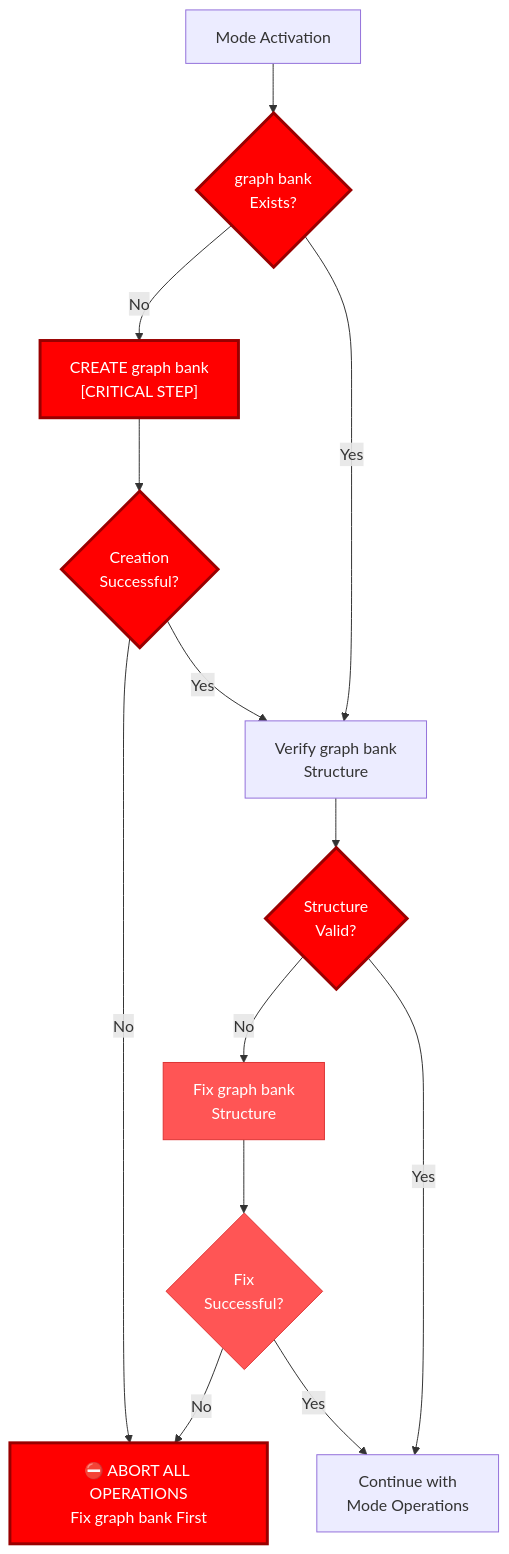
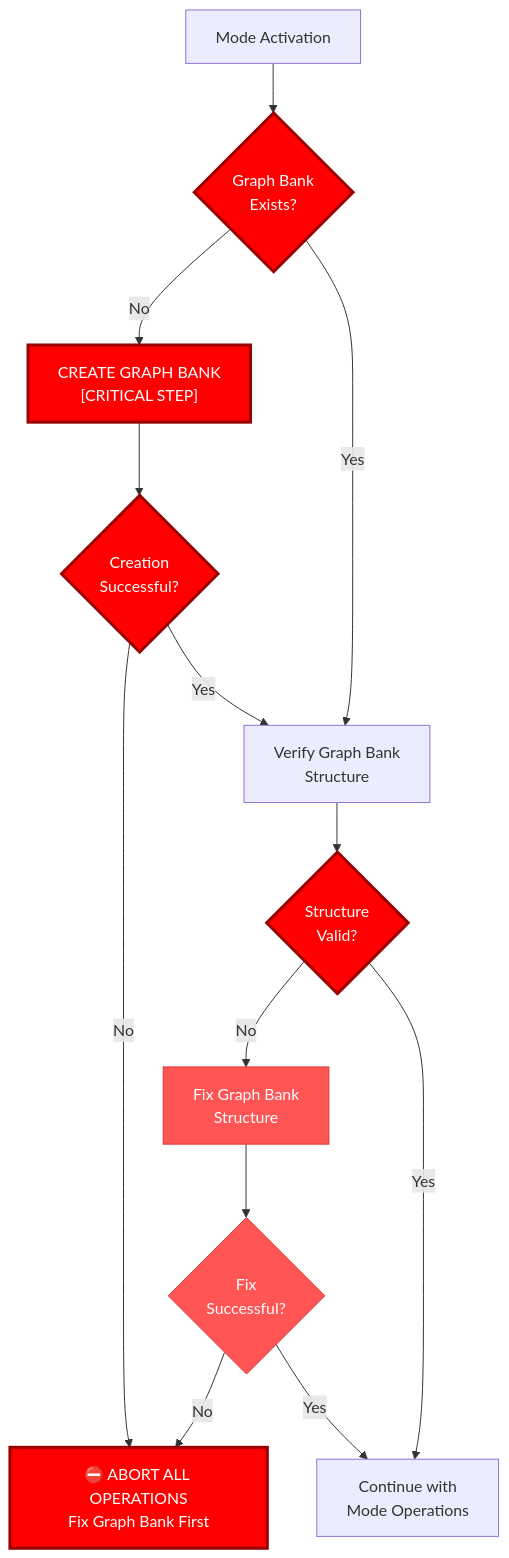
The second of 4 diagrams in .cursor/rules/isolation_rules/main.mdc (7Spade/cursor-memory-bank), drawn with Mermaid before and after one commit. The commit also changed other lines of this file and 37 other files, not shown here.

Commit message:
refactor: Standardize terminology from "Memory Bank" to "Graph Bank" across all files, ensuring consistency in documentation and improving clarity in the system's architecture and processes

````diff
--- a/.cursor/rules/isolation_rules/main.mdc
+++ b/.cursor/rules/isolation_rules/main.mdc
@@ -36,27 +36,27 @@
 ```mermaid
 graph TD
-    Start["Mode Activation"] --> CheckMemBank{"graph bank<br>Exists?"}
+    Start["Mode Activation"] --> CheckMemBank{"Graph Bank<br>Exists?"}
     
-    CheckMemBank -->|"No"| CreateMemBank["CREATE graph bank<br>[CRITICAL STEP]"]
-    CheckMemBank -->|"Yes"| VerifyMemBank["Verify graph bank<br>Structure"]
+    CheckMemBank -->|"No"| CreateMemBank["CREATE GRAPH BANK<br>[CRITICAL STEP]"]
+    CheckMemBank -->|"Yes"| VerifyMemBank["Verify Graph Bank<br>Structure"]
     
     CreateMemBank --> VerifyCreation{"Creation<br>Successful?"}
-    VerifyCreation -->|"No"| AbortAll["⛔ ABORT ALL OPERATIONS<br>Fix graph bank First"]
+    VerifyCreation -->|"No"| AbortAll["⛔ ABORT ALL OPERATIONS<br>Fix Graph Bank First"]
     VerifyCreation -->|"Yes"| VerifyMemBank
     
     VerifyMemBank --> StructureCheck{"Structure<br>Valid?"}
-    StructureCheck -->|"No"| FixStructure["Fix graph bank<br>Structure"]
+    StructureCheck -->|"No"| FixStructure["Fix Graph Bank<br>Structure"]
     StructureCheck -->|"Yes"| ContinueMode["Continue with<br>Mode Operations"]
     
     FixStructure --> VerifyFix{"Fix<br>Successful?"}
     VerifyFix -->|"No"| AbortAll
     VerifyFix -->|"Yes"| ContinueMode
     
     style CheckMemBank fill:#ff0000,stroke:#990000,color:white,stroke-width:3px
     style CreateMemBank fill:#ff0000,stroke:#990000,color:white,stroke-width:3px
     style VerifyCreation fill:#ff0000,stroke:#990000,color:white,stroke-width:3px
     style AbortAll fill:#ff0000,stroke:#990000,color:white,stroke-width:3px
     style StructureCheck fill:#ff0000,stroke:#990000,color:white,stroke-width:3px
     style FixStructure fill:#ff5555,stroke:#dd3333,color:white
     style VerifyFix fill:#ff5555,stroke:#dd3333,color:white
 ```
````
